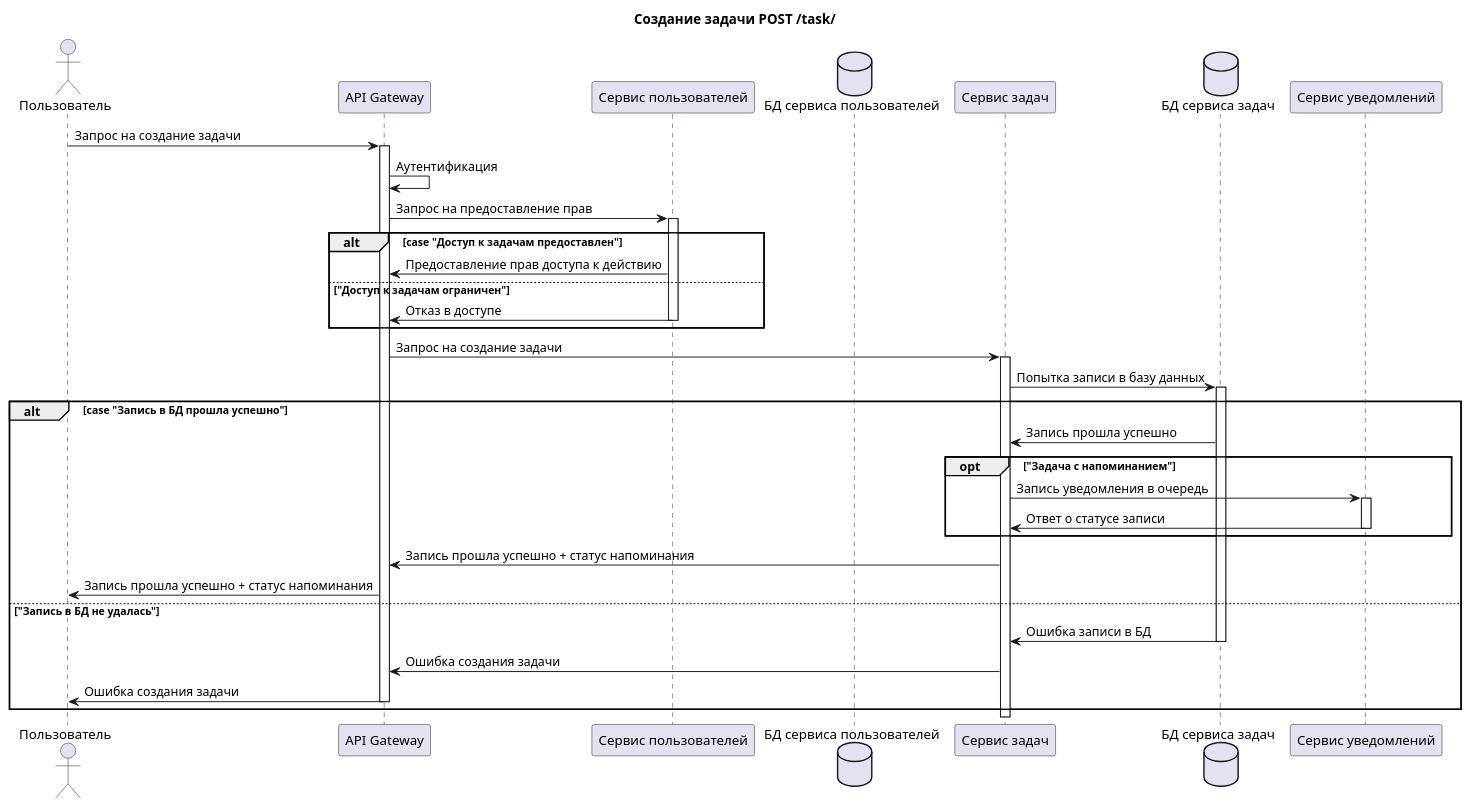
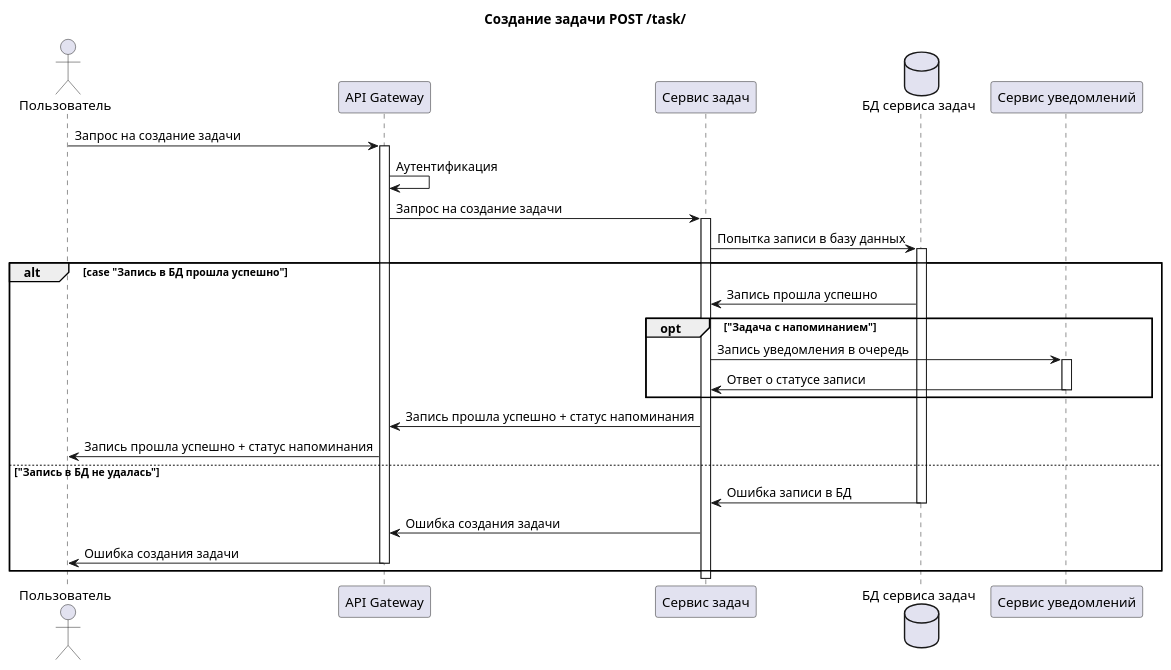
One commit to yn96k/task-tracker changed the diagram in sequence_diagram_post-comment.md. Above: the diagram before and after it, drawn with PlantUML. The commit also changed other lines of this file, not shown here.

````diff
--- a/sequence_diagram_post-comment.md
+++ b/sequence_diagram_post-comment.md
@@ -5,42 +6,32 @@
 ```plantuml
 title "Создание задачи POST /task/"
 
 actor user as "Пользователь"
 
 participant apiGateway as "API Gateway"
-participant userService as "Сервис пользователей"
-database userService_db as "БД сервиса пользователей"
 participant taskService as "Сервис задач"
 database taskService_db as "БД сервиса задач"
 participant notif_service as "Сервис уведомлений"
 
 user -> apiGateway++: Запрос на создание задачи
 apiGateway -> apiGateway: Аутентификация
-apiGateway -> userService++: Запрос на предоставление прав
-
-alt case "Доступ к задачам предоставлен"
-    apiGateway <- userService: Предоставление прав доступа к действию
-else "Доступ к задачам ограничен"
-    apiGateway <- userService--: Отказ в доступе
-end
 
 apiGateway -> taskService++: Запрос на создание задачи
 taskService -> taskService_db++: Попытка записи в базу данных
 
 alt case "Запись в БД прошла успешно"
 taskService <- taskService_db: Запись прошла успешно
 
 opt "Задача с напоминанием"
     taskService -> notif_service++: Запись уведомления в очередь
     taskService <- notif_service--: Ответ о статусе записи
 end
 
 apiGateway <- taskService: Запись прошла успешно + статус напоминания
 user <- apiGateway: Запись прошла успешно + статус напоминания
 else "Запись в БД не удалась"
 taskService <- taskService_db--: Ошибка записи в БД
 apiGateway <- taskService: Ошибка создания задачи
 user <- apiGateway--: Ошибка создания задачи
 end
-
 ```
````
